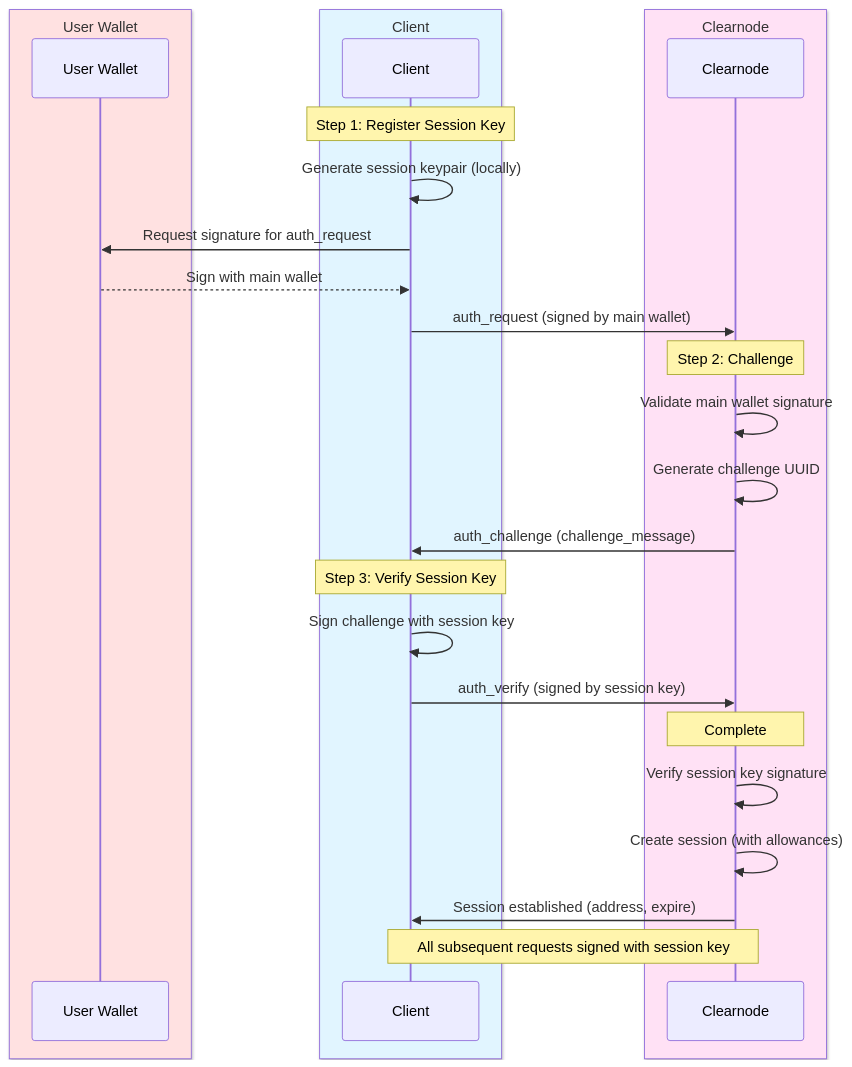
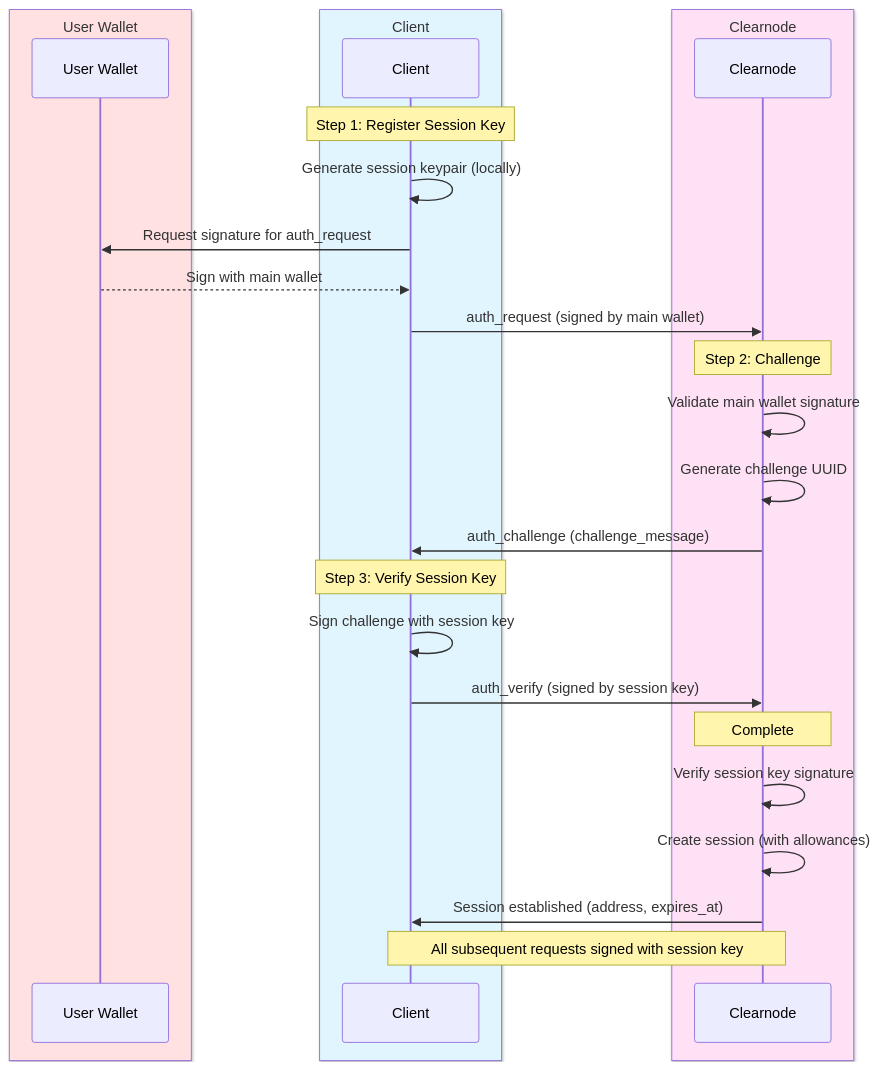
The first of 2 diagrams in docs/protocol/off-chain/authentication.mdx (layer-3/docs), drawn with Mermaid before and after one commit. The commit also changed other lines of this file and 13 other files, not shown here.

````diff
--- a/docs/protocol/off-chain/authentication.mdx
+++ b/docs/protocol/off-chain/authentication.mdx
@@ -36,35 +60,35 @@
 ```mermaid
 sequenceDiagram
     box rgb(255,225,225) User Wallet
         participant UW as User Wallet
     end
     box rgb(225,245,255) Client
         participant Client
     end
     box rgb(255,225,245) Clearnode
         participant Clearnode
     end
 
     Note over Client: Step 1: Register Session Key
     Client->>Client: Generate session keypair (locally)
     Client->>UW: Request signature for auth_request
     UW-->>Client: Sign with main wallet
     Client->>Clearnode: auth_request (signed by main wallet)
 
     Note over Clearnode: Step 2: Challenge
     Clearnode->>Clearnode: Validate main wallet signature
     Clearnode->>Clearnode: Generate challenge UUID
     Clearnode->>Client: auth_challenge (challenge_message)
 
     Note over Client: Step 3: Verify Session Key
     Client->>Client: Sign challenge with session key
     Client->>Clearnode: auth_verify (signed by session key)
 
     Note over Clearnode: Complete
     Clearnode->>Clearnode: Verify session key signature
     Clearnode->>Clearnode: Create session (with allowances)
-    Clearnode->>Client: Session established (address, expire)
+    Clearnode->>Client: Session established (address, expires_at)
 
     Note over Client,Clearnode: All subsequent requests signed with session key
 
 ```
````
